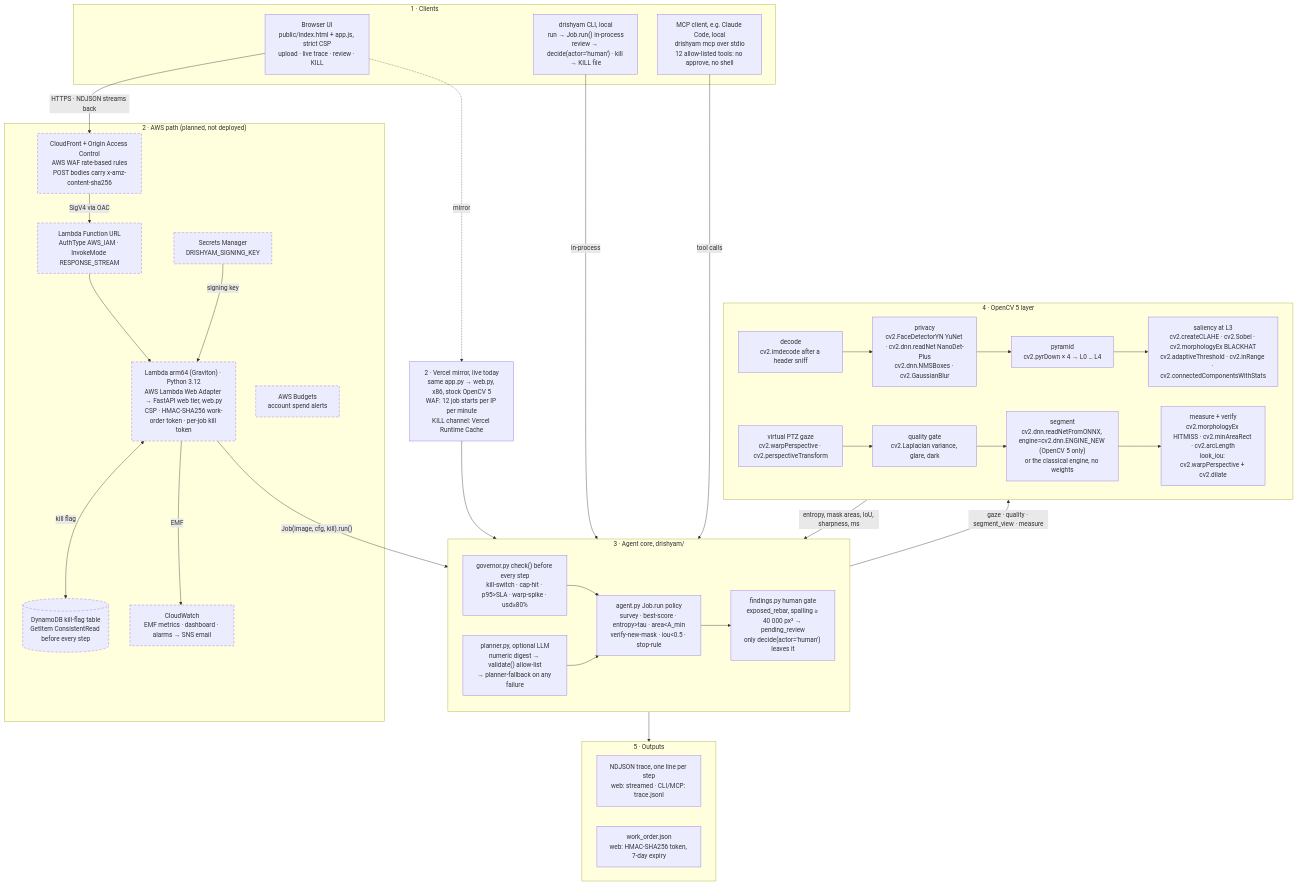
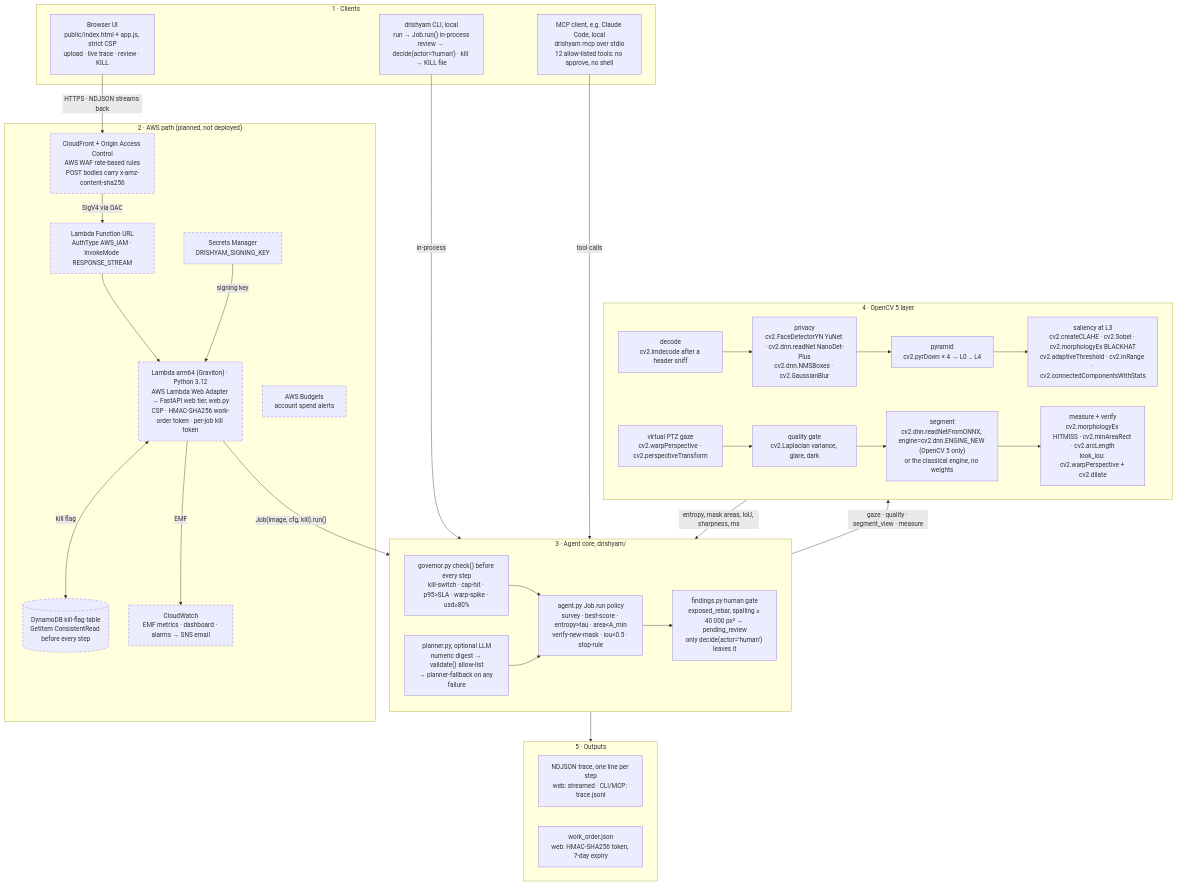
One commit to vj-io/drishyam changed the diagram in docs/architecture.mmd. Above: the diagram before and after it, drawn with Mermaid. The commit also changed 2 other files, not shown here.

Commit message:
docs: architecture diagrams drop the Vercel mirror
The mirror frame, its box and both edges (browser to mirror, mirror to
agent core) are gone from architecture.svg and .mmd; the AWS boxes stay
dashed and "planned, not deployed". The PNG is re-rendered at 2x with the
site fonts; the text-fit check reports no overflow or overlap with either
the site fonts or fallback fonts, and the mermaid file renders on 10.9.1
and 11.4.1.

```diff
--- a/docs/architecture.mmd
+++ b/docs/architecture.mmd
@@ -1,67 +1,63 @@
 %% Drishyam system architecture: the same content as docs/architecture.svg.
-%% Dashed boxes: the AWS path is planned, not deployed. The Vercel mirror is live today.
+%% Dashed boxes: the AWS path is planned, not deployed.
 %% cv2 names are the calls made in drishyam/imaging.py, privacy.py, segment.py, measure.py and agent.py.
 flowchart TB
     subgraph CLIENTS["1 · Clients"]
         UI["Browser UI<br/>public/index.html + app.js, strict CSP<br/>upload · live trace · review · KILL"]
         CLI["drishyam CLI, local<br/>run → Job.run() in-process<br/>review → decide(actor='human') · kill → KILL file"]
         MCPC["MCP client, e.g. Claude Code, local<br/>drishyam mcp over stdio<br/>12 allow-listed tools: no approve, no shell"]
     end
 
     subgraph AWS["2 · AWS path (planned, not deployed)"]
         CF["CloudFront + Origin Access Control<br/>AWS WAF rate-based rules<br/>POST bodies carry x-amz-content-sha256"]
         FURL["Lambda Function URL<br/>AuthType AWS_IAM · InvokeMode RESPONSE_STREAM"]
         LAMBDA["Lambda arm64 (Graviton) · Python 3.12<br/>AWS Lambda Web Adapter → FastAPI web tier, web.py<br/>CSP · HMAC-SHA256 work-order token · per-job kill token"]
         DDB[("DynamoDB kill-flag table<br/>GetItem ConsistentRead before every step")]
         SM["Secrets Manager<br/>DRISHYAM_SIGNING_KEY"]
         CW["CloudWatch<br/>EMF metrics · dashboard · alarms → SNS email"]
         BUD["AWS Budgets<br/>account spend alerts"]
     end
-
-    VERCEL["2 · Vercel mirror, live today<br/>same app.py → web.py, x86, stock OpenCV 5<br/>WAF: 12 job starts per IP per minute<br/>KILL channel: Vercel Runtime Cache"]
 
     subgraph CORE["3 · Agent core, drishyam/"]
         POLICY["agent.py Job.run policy<br/>survey · best-score · entropy#gt;tau · area#lt;A_min<br/>verify-new-mask · iou#lt;0.5 · stop-rule"]
         GOV["governor.py check() before every step<br/>kill-switch · cap-hit · p95#gt;SLA · warp-spike · usd≥80%"]
         PLAN["planner.py, optional LLM<br/>numeric digest → validate() allow-list<br/>→ planner-fallback on any failure"]
         GATE["findings.py human gate<br/>exposed_rebar, spalling ≥ 40 000 px² → pending_review<br/>only decide(actor='human') leaves it"]
         GOV --> POLICY
         PLAN --> POLICY
         POLICY --> GATE
     end
 
     subgraph CV["4 · OpenCV 5 layer"]
         DEC["decode<br/>cv2.imdecode after a header sniff"]
         PRIV["privacy<br/>cv2.FaceDetectorYN YuNet · cv2.dnn.readNet NanoDet-Plus<br/>cv2.dnn.NMSBoxes · cv2.GaussianBlur"]
         PYR["pyramid<br/>cv2.pyrDown × 4 → L0 … L4"]
         SAL["saliency at L3<br/>cv2.createCLAHE · cv2.Sobel · cv2.morphologyEx BLACKHAT<br/>cv2.adaptiveThreshold · cv2.inRange · cv2.connectedComponentsWithStats"]
         GAZE["virtual PTZ gaze<br/>cv2.warpPerspective · cv2.perspectiveTransform"]
         QG["quality gate<br/>cv2.Laplacian variance, glare, dark"]
         SEG["segment<br/>cv2.dnn.readNetFromONNX, engine=cv2.dnn.ENGINE_NEW (OpenCV 5 only)<br/>or the classical engine, no weights"]
         MEAS["measure + verify<br/>cv2.morphologyEx HITMISS · cv2.minAreaRect · cv2.arcLength<br/>look_iou: cv2.warpPerspective + cv2.dilate"]
         DEC --> PRIV --> PYR --> SAL
         GAZE --> QG --> SEG --> MEAS
     end
 
     subgraph OUT["5 · Outputs"]
         TRACE["NDJSON trace, one line per step<br/>web: streamed · CLI/MCP: trace.jsonl"]
         WO["work_order.json<br/>web: HMAC-SHA256 token, 7-day expiry"]
     end
 
     UI -->|"HTTPS · NDJSON streams back"| CF
-    UI -.->|"mirror"| VERCEL
     CF -->|"SigV4 via OAC"| FURL --> LAMBDA
     LAMBDA <-->|"kill flag"| DDB
     SM -->|"signing key"| LAMBDA
     LAMBDA -->|"EMF"| CW
     BUD ~~~ CW
     LAMBDA -->|"Job(image, cfg, kill).run()"| CORE
-    VERCEL --> CORE
     CLI -->|"in-process"| CORE
     MCPC -->|"tool calls"| CORE
     CORE -->|"gaze · quality · segment_view · measure"| CV
     CV -->|"entropy, mask areas, IoU, sharpness, ms"| CORE
     CORE --> OUT
 
     classDef planned stroke-dasharray: 6 4
     class CF,FURL,LAMBDA,DDB,SM,CW,BUD planned
```
